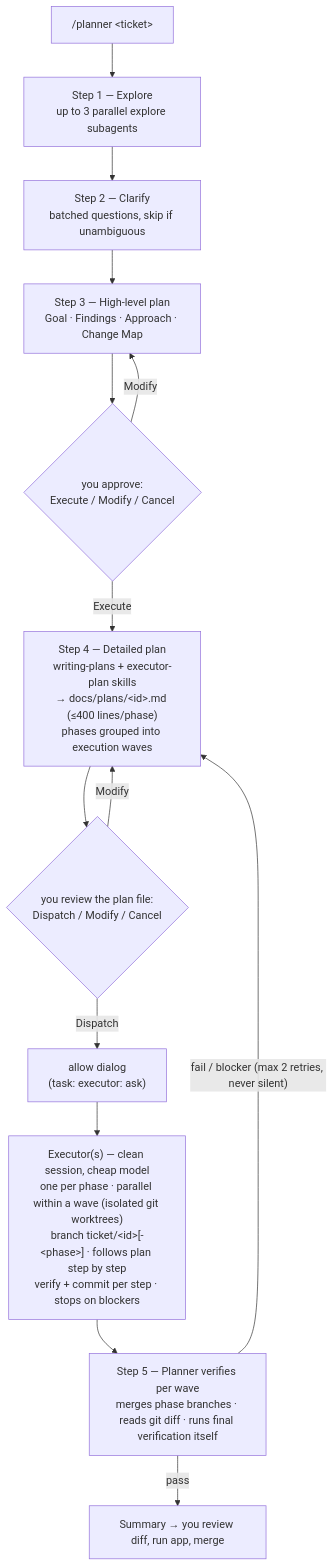
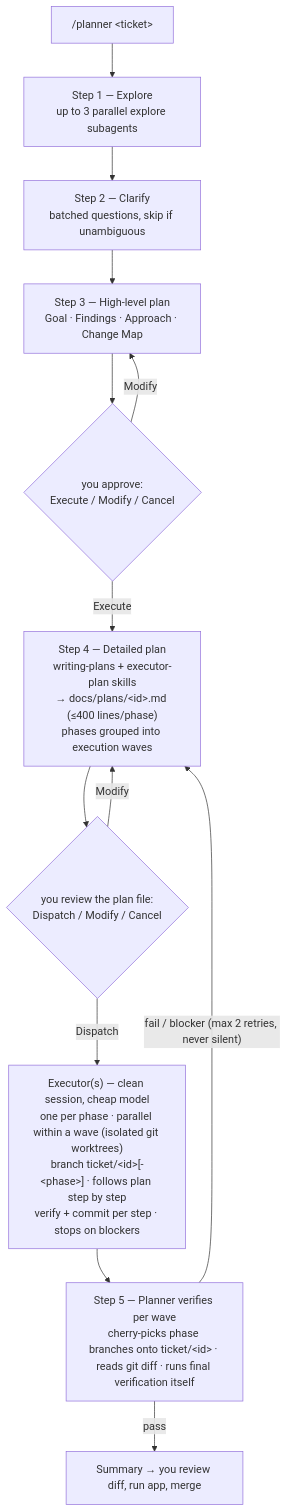
Before and after one commit to thanhnguyen293/planexec: the diagram in README.md, drawn with Mermaid. The commit also changed other lines of this file and 5 other files, not shown here.

First line of the commit message:
workflow: auto-allow executor + cherry-pick waves (all 3 tools)

````diff
--- a/README.md
+++ b/README.md
@@ -13,16 +13,15 @@
 ```mermaid
 flowchart TD
     A["/planner &lt;ticket&gt;"] --> B["Step 1 — Explore<br/>up to 3 parallel explore subagents"]
     B --> C["Step 2 — Clarify<br/>batched questions, skip if unambiguous"]
     C --> D["Step 3 — High-level plan<br/>Goal · Findings · Approach · Change Map"]
     D --> G1{"you approve:<br/>Execute / Modify / Cancel"}
     G1 -- Modify --> D
     G1 -- Execute --> E["Step 4 — Detailed plan<br/>writing-plans + executor-plan skills<br/>→ docs/plans/&lt;id&gt;.md (≤400 lines/phase)<br/>phases grouped into execution waves"]
     E --> G2{"you review the plan file:<br/>Dispatch / Modify / Cancel"}
     G2 -- Modify --> E
-    G2 -- Dispatch --> G3["allow dialog<br/>(task: executor: ask)"]
-    G3 --> X["Executor(s) — clean session, cheap model<br/>one per phase · parallel within a wave (isolated git worktrees)<br/>branch ticket/&lt;id&gt;[-&lt;phase&gt;] · follows plan step by step<br/>verify + commit per step · stops on blockers"]
-    X --> V["Step 5 — Planner verifies per wave<br/>merges phase branches · reads git diff · runs final verification itself"]
+    G2 -- Dispatch --> X["Executor(s) — clean session, cheap model<br/>one per phase · parallel within a wave (isolated git worktrees)<br/>branch ticket/&lt;id&gt;[-&lt;phase&gt;] · follows plan step by step<br/>verify + commit per step · stops on blockers"]
+    X --> V["Step 5 — Planner verifies per wave<br/>cherry-picks phase branches onto ticket/&lt;id&gt; · reads git diff · runs final verification itself"]
     V -- "fail / blocker (max 2 retries, never silent)" --> E
     V -- pass --> Z["Summary → you review diff, run app, merge"]
 ```
````
